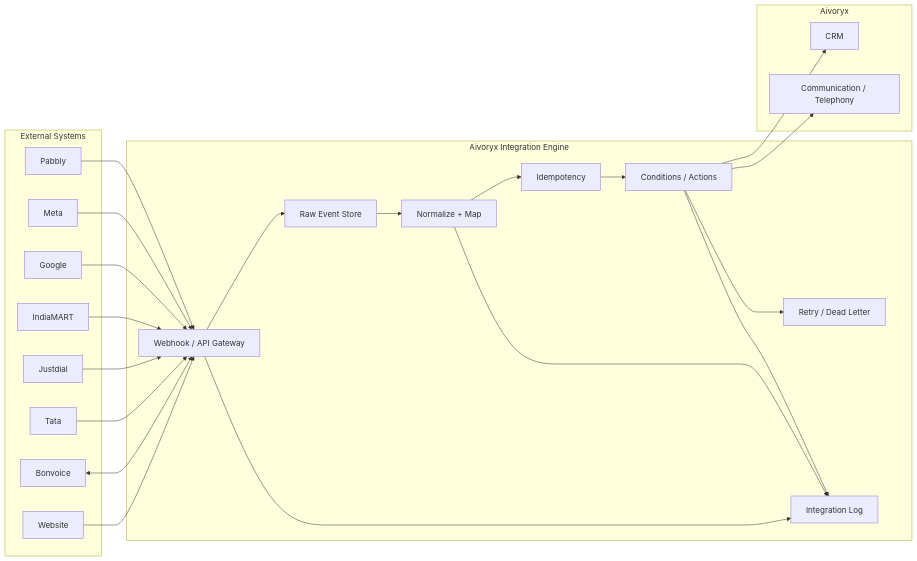
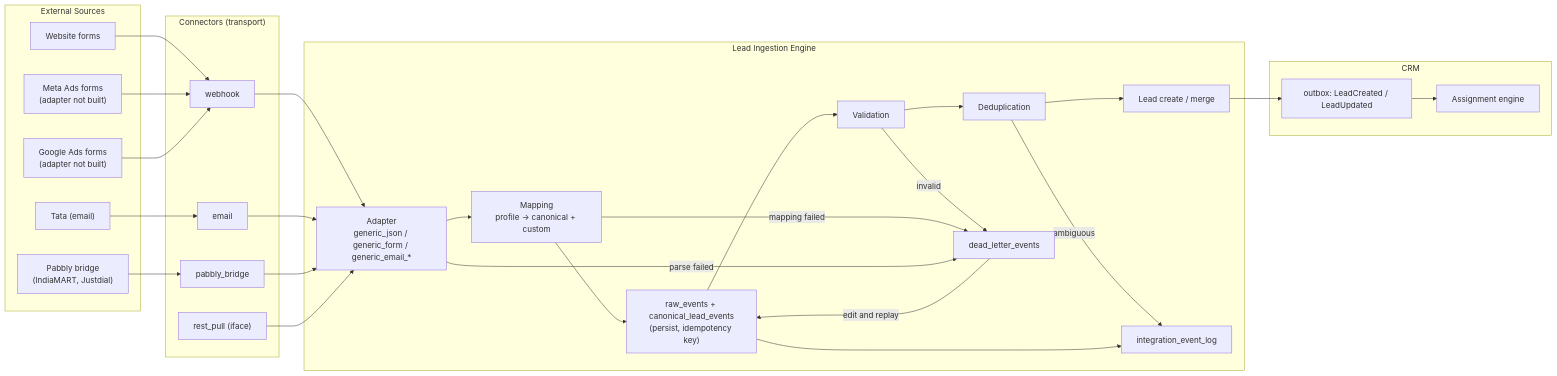
The diagram in docs/diagrams/integration-flow.mmd (DevMysticCode/aivoryx-platform), drawn with Mermaid before and after one commit. The commit also changed 50 other files, not shown here.

Commit message:
architecture docs update

```diff
--- a/docs/diagrams/integration-flow.mmd
+++ b/docs/diagrams/integration-flow.mmd
@@ -1,43 +1,51 @@
 flowchart LR
-    subgraph EXT["External Systems"]
-      P["Pabbly"]
-      M["Meta"]
-      G["Google"]
-      I["IndiaMART"]
-      J["Justdial"]
-      T["Tata"]
-      B["Bonvoice"]
-      W["Website"]
+    subgraph EXT["External Sources"]
+      WEB["Website forms"]
+      TATA["Tata (email)"]
+      PABBLY["Pabbly bridge<br/>(IndiaMART, Justdial)"]
+      META["Meta Ads forms<br/>(adapter not built)"]
+      GOOGLE["Google Ads forms<br/>(adapter not built)"]
     end
 
-    subgraph INT["Aivoryx Integration Engine"]
-      WH["Webhook / API Gateway"]
-      RAW["Raw Event Store"]
-      MAP["Normalize + Map"]
-      IDEM["Idempotency"]
-      RULE["Conditions / Actions"]
-      RETRY["Retry / Dead Letter"]
-      LOG["Integration Log"]
+    subgraph CONN["Connectors (transport)"]
+      WH["webhook"]
+      EM["email"]
+      PB["pabbly_bridge"]
+      RP["rest_pull (iface)"]
     end
 
-    subgraph CORE["Aivoryx"]
-      CRM["CRM"]
-      COMM["Communication / Telephony"]
+    subgraph ENGINE["Lead Ingestion Engine"]
+      ADAPT["Adapter<br/>generic_json / generic_form / generic_email_*"]
+      MAP["Mapping<br/>profile -> canonical + custom"]
+      RAW["raw_events + canonical_lead_events<br/>(persist, idempotency key)"]
+      VAL["Validation"]
+      DEDUP["Deduplication"]
+      LEAD["Lead create / merge"]
+      DLQ["dead_letter_events"]
+      LOG["integration_event_log"]
     end
 
-    P --> WH
-    M --> WH
-    G --> WH
-    I --> WH
-    J --> WH
-    T --> WH
-    W --> WH
-    B <--> WH
+    subgraph CRM["CRM"]
+      OUT["outbox: LeadCreated / LeadUpdated"]
+      ASSIGN["Assignment engine"]
+    end
 
-    WH --> RAW --> MAP --> IDEM --> RULE
-    RULE --> CRM
-    RULE --> COMM
-    RULE --> RETRY
-    WH --> LOG
-    MAP --> LOG
-    RULE --> LOG
+    WEB --> WH
+    TATA --> EM
+    PABBLY --> PB
+    META --> WH
+    GOOGLE --> WH
+
+    WH --> ADAPT
+    EM --> ADAPT
+    PB --> ADAPT
+    RP --> ADAPT
+
+    ADAPT --> MAP --> RAW --> VAL --> DEDUP --> LEAD --> OUT --> ASSIGN
+
+    VAL -->|invalid| DLQ
+    MAP -->|"mapping failed"| DLQ
+    ADAPT -->|"parse failed"| DLQ
+    DEDUP -->|ambiguous| LOG
+    RAW --> LOG
+    DLQ -->|"edit and replay"| RAW
```
